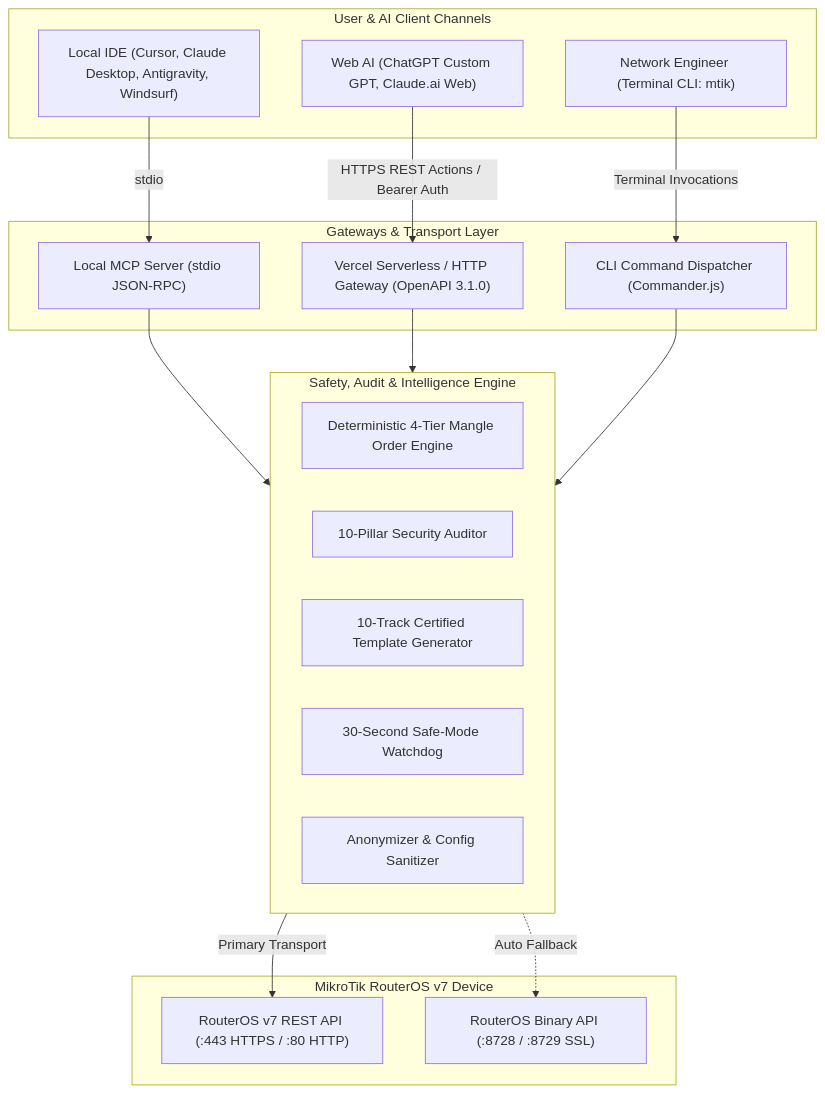
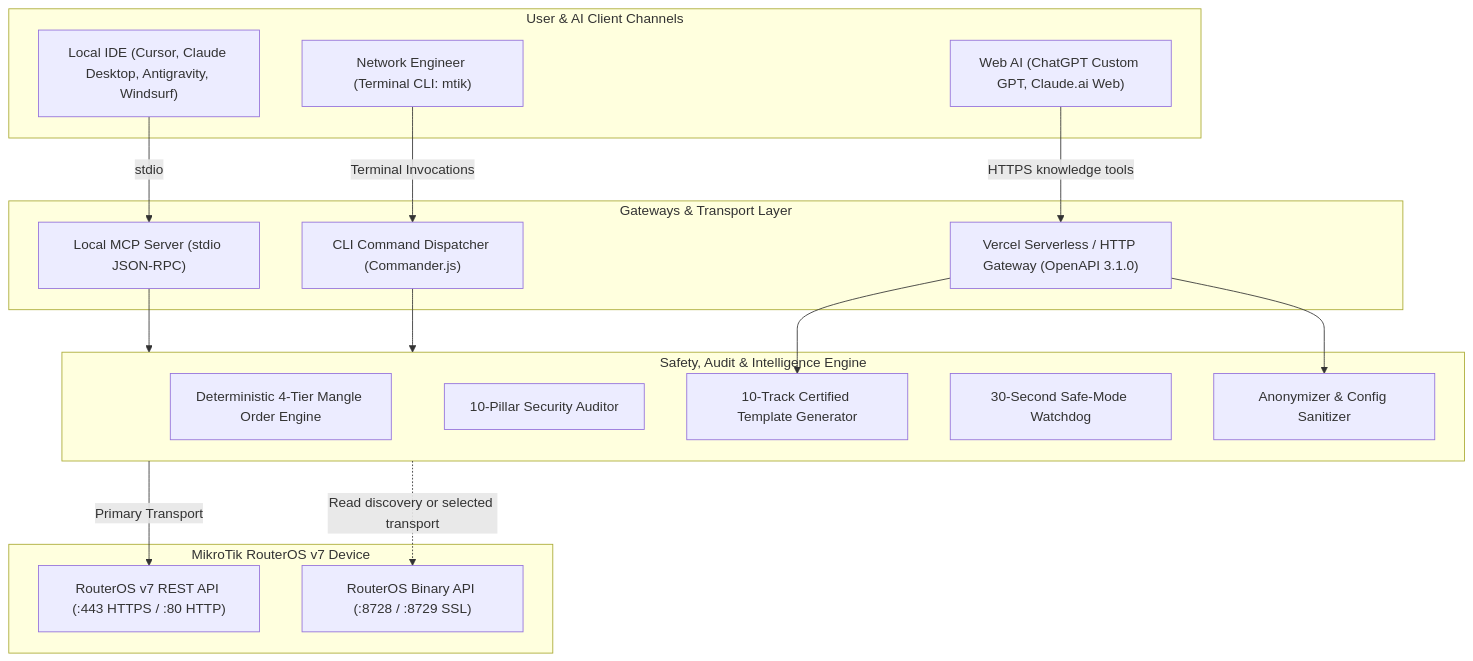
One commit to ardianryan/MikroTik-Skill changed the first of 2 diagrams in README.md. Above: the diagram before and after it, drawn with Mermaid. The commit also changed other lines of this file and 56 other files, not shown here.

````diff
--- a/README.md
+++ b/README.md
@@ -96,38 +131,39 @@
 ```mermaid
 flowchart TD
     subgraph Clients ["User & AI Client Channels"]
         U1["Local IDE (Cursor, Claude Desktop, Antigravity, Windsurf)"]
         U2["Web AI (ChatGPT Custom GPT, Claude.ai Web)"]
         U3["Network Engineer (Terminal CLI: mtik)"]
     end
 
     subgraph Gateways ["Gateways & Transport Layer"]
         G1["Local MCP Server (stdio JSON-RPC)"]
         G2["Vercel Serverless / HTTP Gateway (OpenAPI 3.1.0)"]
         G3["CLI Command Dispatcher (Commander.js)"]
     end
 
     subgraph Engine ["Safety, Audit & Intelligence Engine"]
         E1["Deterministic 4-Tier Mangle Order Engine"]
         E2["10-Pillar Security Auditor"]
         E3["10-Track Certified Template Generator"]
         E4["30-Second Safe-Mode Watchdog"]
         E5["Anonymizer & Config Sanitizer"]
     end
 
     subgraph RouterOS ["MikroTik RouterOS v7 Device"]
         R1["RouterOS v7 REST API (:443 HTTPS / :80 HTTP)"]
         R2["RouterOS Binary API (:8728 / :8729 SSL)"]
     end
 
     U1 -->|stdio| G1
-    U2 -->|HTTPS REST Actions / Bearer Auth| G2
+    U2 -->|HTTPS knowledge tools| G2
     U3 -->|Terminal Invocations| G3
 
     G1 --> Engine
-    G2 --> Engine
+    G2 --> E3
+    G2 --> E5
     G3 --> Engine
 
     Engine -->|Primary Transport| R1
-    Engine -.->|Auto Fallback| R2
+    Engine -.->|Read discovery or selected transport| R2
 ```
````
